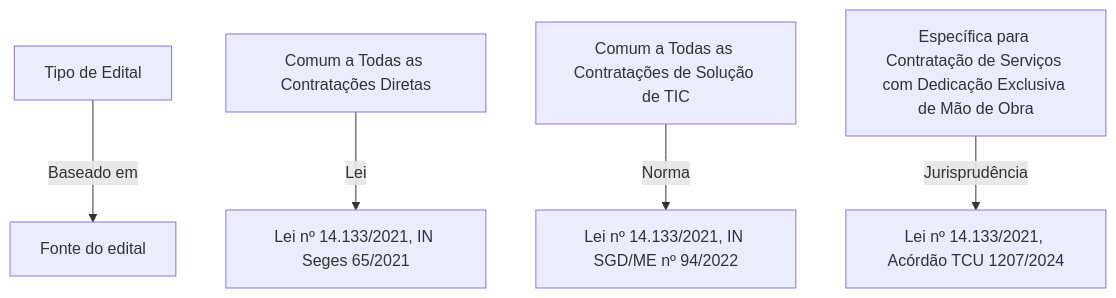
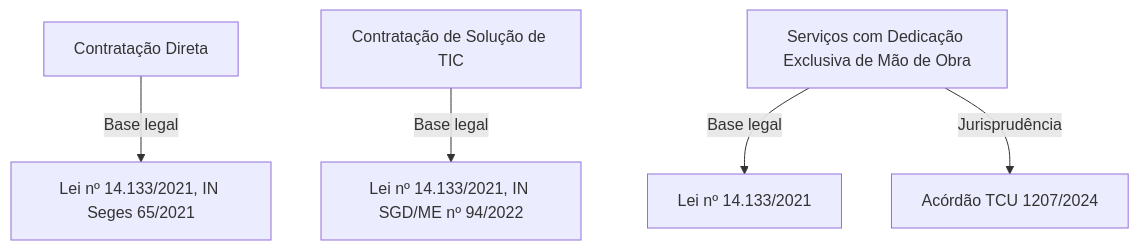
One commit to meirelesgc/iaEditais-back changed the first of 4 diagrams in docs/resources/tree.md. Above: the diagram before and after it, drawn with Mermaid. The commit also changed other lines of this file and 2 other files, not shown here.

````diff
--- a/docs/resources/tree.md
+++ b/docs/resources/tree.md
@@ -9,7 +9,11 @@
 ```mermaid
 graph TD
-    A[Tipo de Edital] -->|Baseado em| B[Fonte do edital]
-    A1[Comum a Todas as Contratações Diretas] -->|Lei| B1[Lei nº 14.133/2021, IN Seges 65/2021]
-    A2[Comum a Todas as Contratações de Solução de TIC] -->|Norma| B2[Lei nº 14.133/2021, IN SGD/ME nº 94/2022]
-    A3[Específica para Contratação de Serviços com Dedicação Exclusiva de Mão de Obra] -->|Jurisprudência| B3[Lei nº 14.133/2021, Acórdão TCU 1207/2024]
+    A1[Contratação Direta]
+    A2[Contratação de Solução de TIC]
+    A3[Serviços com Dedicação Exclusiva de Mão de Obra]
+
+    A1 -->|Base legal| B1[Lei nº 14.133/2021, IN Seges 65/2021]
+    A2 -->|Base legal| B2[Lei nº 14.133/2021, IN SGD/ME nº 94/2022]
+    A3 -->|Base legal| B3[Lei nº 14.133/2021]
+    A3 -->|Jurisprudência| C1[Acórdão TCU 1207/2024]
 ```
````
